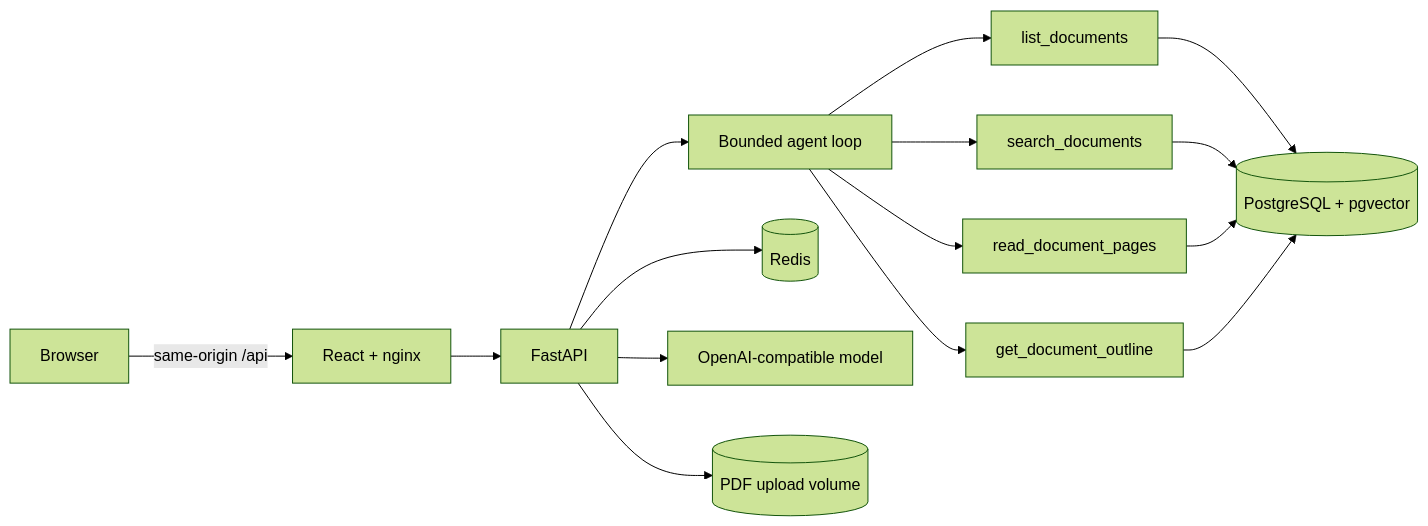
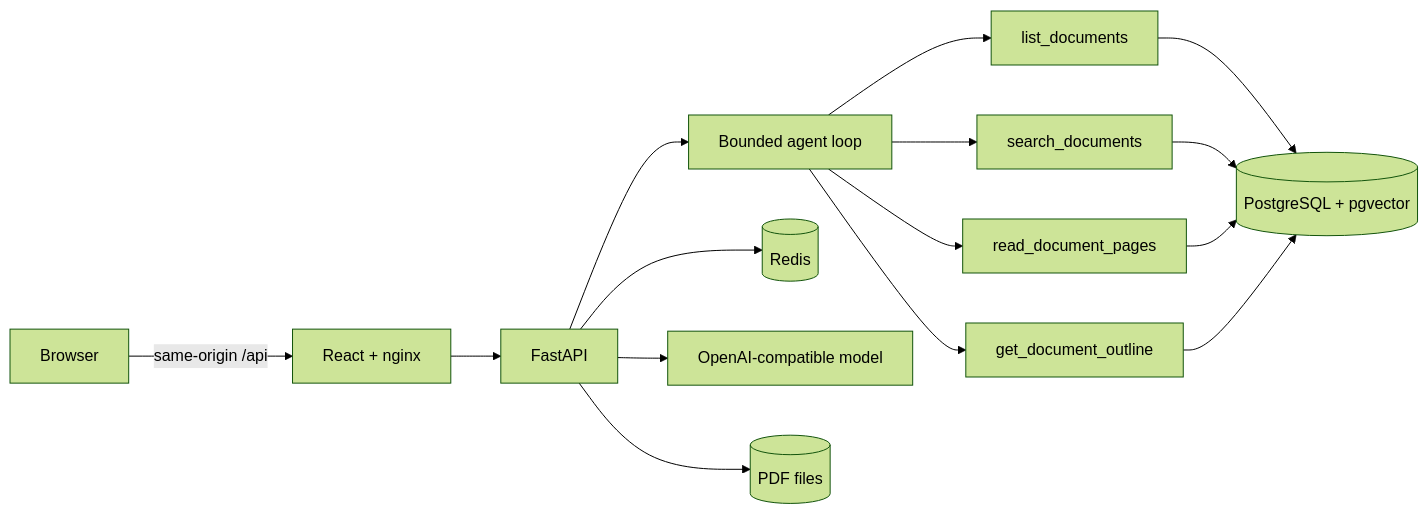
The diagram in README.md (theomthakur/policypilot), drawn with Mermaid (forest theme) before and after one commit. The commit also changed other lines of this file, not shown here.

````diff
--- a/README.md
+++ b/README.md
@@ -44,17 +91,17 @@
 ```mermaid
 flowchart LR
   B[Browser] -->|same-origin /api| F[React + nginx]
   F --> A[FastAPI]
   A --> G[Bounded agent loop]
   G --> T1[list_documents]
   G --> T2[search_documents]
   G --> T3[read_document_pages]
   G --> T4[get_document_outline]
   T1 --> P[(PostgreSQL + pgvector)]
   T2 --> P
   T3 --> P
   T4 --> P
   A --> R[(Redis)]
   A --> M[OpenAI-compatible model]
-  A --> U[(PDF upload volume)]
+  A --> U[(PDF files)]
 ```
````
